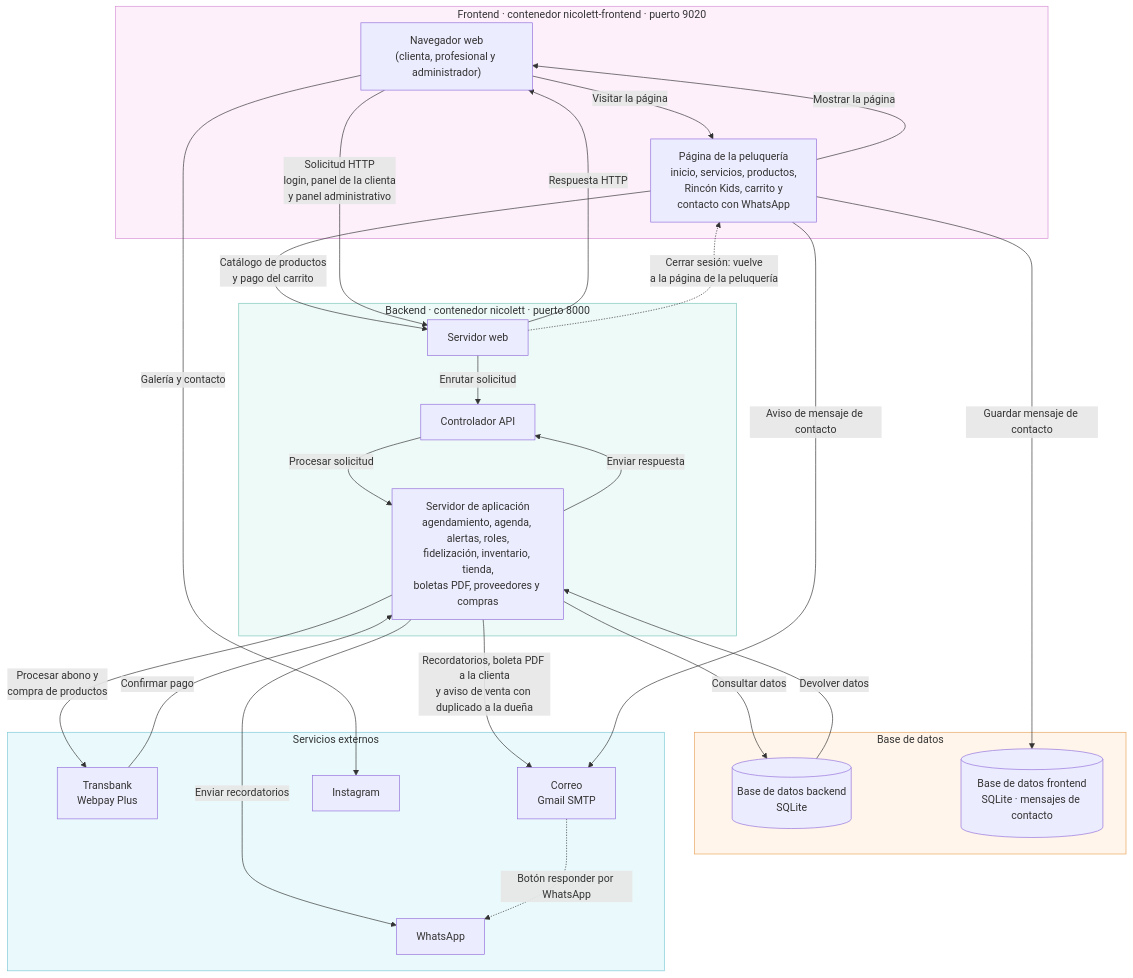
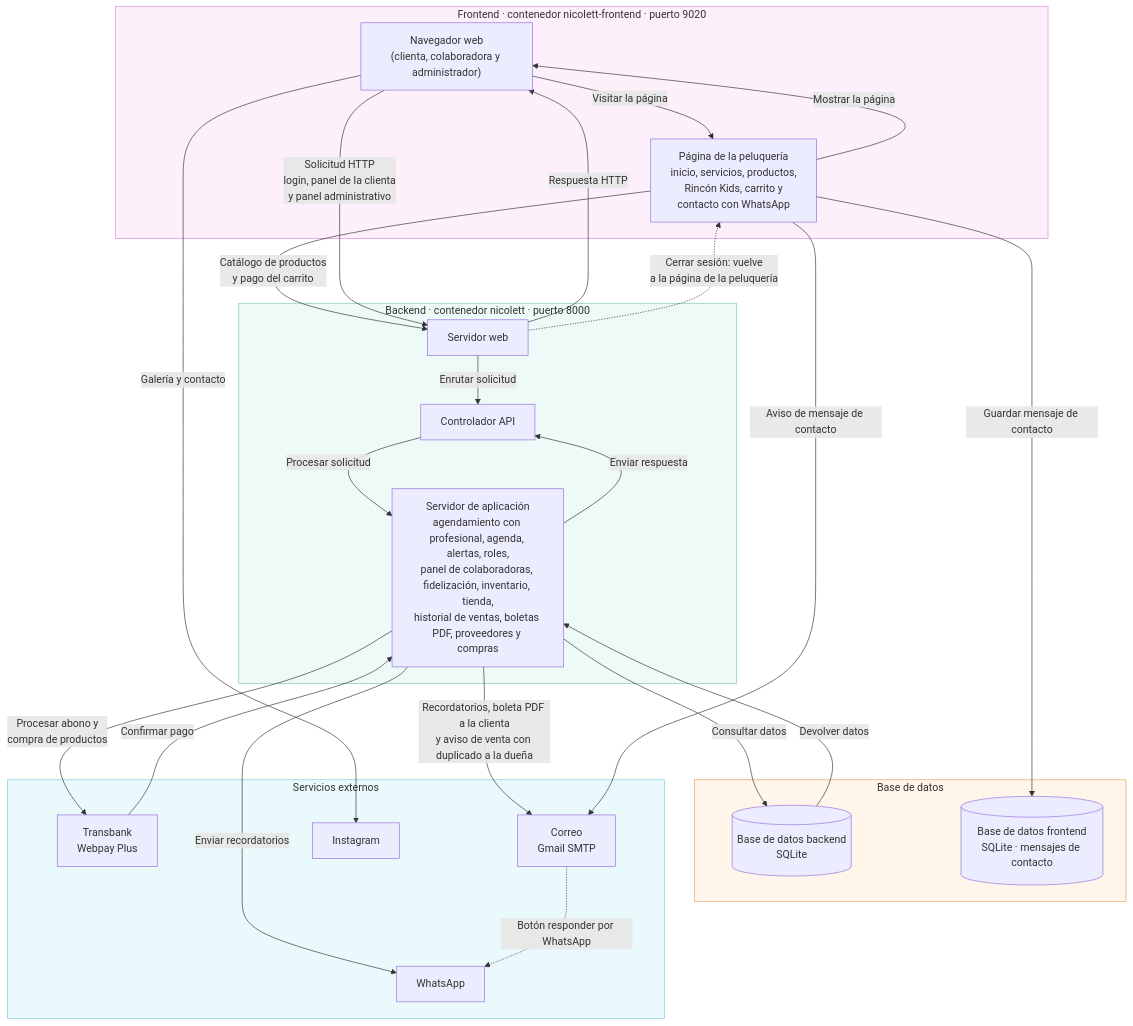
The diagram in FASE_1/README.md (CAROLEANDRWS1985/nicolett-studio-fantasy), drawn with Mermaid before and after one commit. The commit also changed other lines of this file, not shown here.

````diff
--- a/FASE_1/README.md
+++ b/FASE_1/README.md
@@ -377,50 +432,50 @@
 ```mermaid
 flowchart TB
     subgraph FRONTEND["Frontend · contenedor nicolett-frontend · puerto 9020"]
-        NAV["Navegador web<br/>(clienta, profesional y administrador)"]
+        NAV["Navegador web<br/>(clienta, colaboradora y administrador)"]
         PAG["Página de la peluquería<br/>inicio, servicios, productos,<br/>Rincón Kids, carrito y<br/>contacto con WhatsApp"]
     end
 
     subgraph BACKEND["Backend · contenedor nicolett · puerto 8000"]
         SW["Servidor web"]
         API["Controlador API"]
-        APP["Servidor de aplicación<br/>agendamiento, agenda, alertas, roles,<br/>fidelización, inventario, tienda,<br/>boletas PDF, proveedores y compras"]
+        APP["Servidor de aplicación<br/>agendamiento con profesional, agenda, alertas, roles,<br/>panel de colaboradoras, fidelización, inventario, tienda,<br/>historial de ventas, boletas PDF, proveedores y compras"]
     end
 
     subgraph BD["Base de datos"]
         DB[("Base de datos backend<br/>SQLite")]
         DBF[("Base de datos frontend<br/>SQLite · mensajes de contacto")]
     end
 
     subgraph EXT["Servicios externos"]
         TB["Transbank<br/>Webpay Plus"]
         WA["WhatsApp"]
         MAIL["Correo<br/>Gmail SMTP"]
         IG["Instagram"]
     end
 
     NAV -->|"Visitar la página"| PAG
     PAG -->|"Mostrar la página"| NAV
     PAG -->|"Catálogo de productos<br/>y pago del carrito"| SW
     NAV -->|"Solicitud HTTP<br/>login, panel de la clienta<br/>y panel administrativo"| SW
     SW -->|"Respuesta HTTP"| NAV
     SW -.->|"Cerrar sesión: vuelve<br/>a la página de la peluquería"| PAG
     SW -->|"Enrutar solicitud"| API
     API -->|"Procesar solicitud"| APP
     APP -->|"Enviar respuesta"| API
     APP -->|"Consultar datos"| DB
     DB -->|"Devolver datos"| APP
     PAG -->|"Guardar mensaje de contacto"| DBF
     APP -->|"Procesar abono y<br/>compra de productos"| TB
     TB -->|"Confirmar pago"| APP
     APP -->|"Enviar recordatorios"| WA
     APP -->|"Recordatorios, boleta PDF a la clienta<br/>y aviso de venta con duplicado a la dueña"| MAIL
     PAG -->|"Aviso de mensaje de contacto"| MAIL
     MAIL -.->|"Botón responder por WhatsApp"| WA
     NAV -->|"Galería y contacto"| IG
 
     style FRONTEND fill:#fdf0fb,stroke:#d68fd6
     style BACKEND fill:#eefaf8,stroke:#7cc7bb
     style BD fill:#fff5ea,stroke:#e8a35c
     style EXT fill:#eafafc,stroke:#7cc9d6
 ```
````
